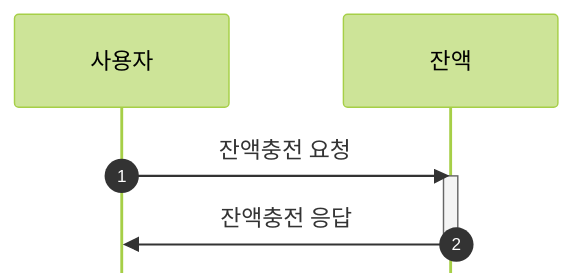
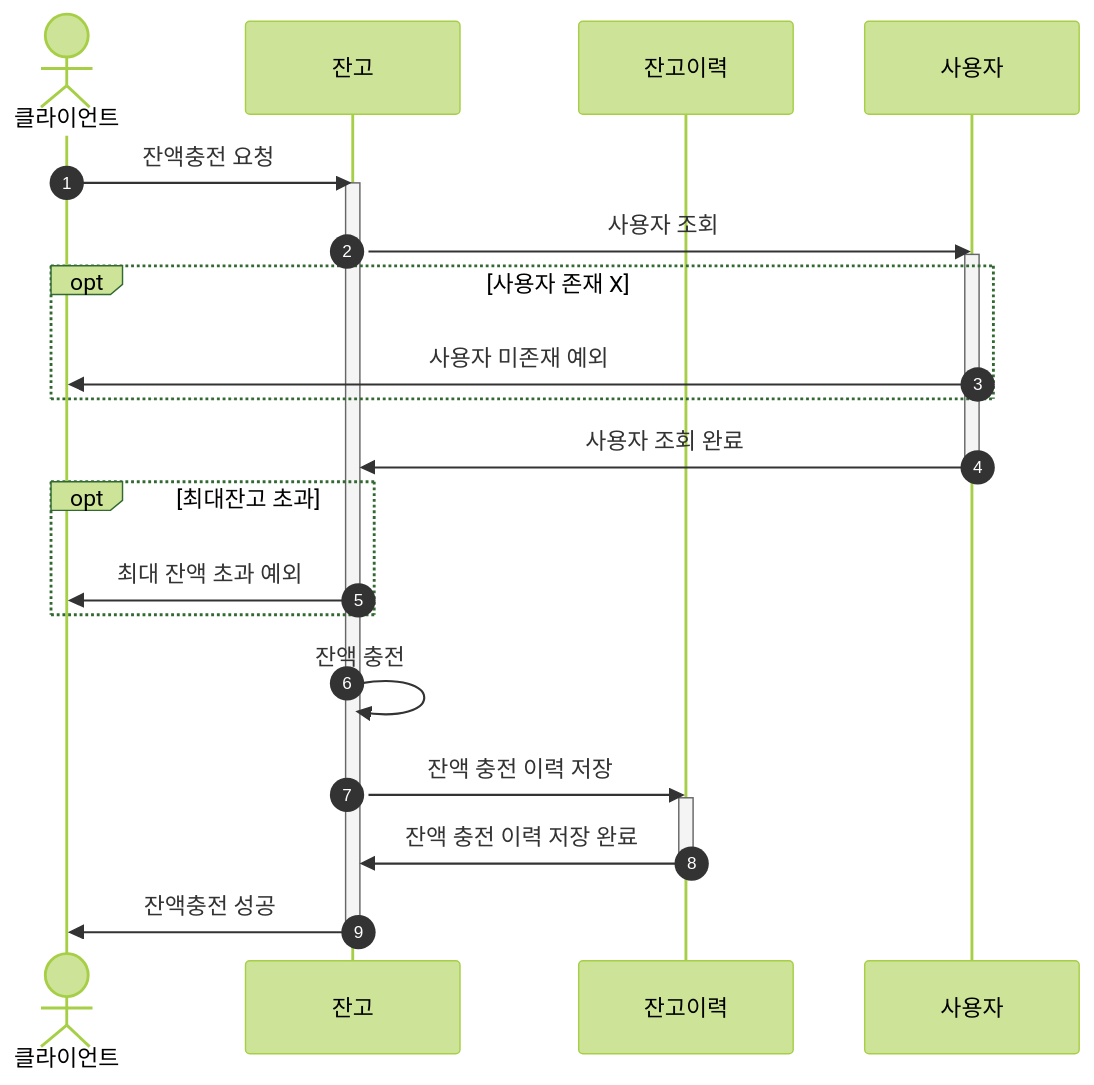
One commit to minjihonim/hh-server-java changed the first of 7 diagrams in docs/seq_diagram.md. Above: the diagram before and after it, drawn with Mermaid. The commit also changed other lines of this file, not shown here.

Commit message:
시퀀스 다이어그램 수정

````diff
--- a/docs/seq_diagram.md
+++ b/docs/seq_diagram.md
@@ -20,14 +20,33 @@
 ```mermaid
-%%{init: {"theme":"forest","logLevel":"fatal","securityLevel":"strict","startOnLoad":true,"arrowMarkerAbsolute":false,"htmlLabels":true,"sequence":{"useMaxWidth":true,"actorMargin":80,"mirrorActors":false,"showSequenceNumbers":true}}}%%
+%%{init: {"theme":"forest"}}%%
 sequenceDiagram
-
-participant C_CLIENT as 사용자
-participant C_CASH as 잔액
+autonumber
+actor C_CLIENT as 클라이언트
+participant C_CASH as 잔고
+participant C_CASH_HISTORY as 잔고이력
+participant C_USER as 사용자
 
 
 %% 잔액충전
 C_CLIENT ->> C_CASH : 잔액충전 요청
 activate C_CASH
-C_CASH ->> C_CLIENT : 잔액충전 응답
+C_CASH ->> C_USER: 사용자 조회
+activate C_USER
+opt 사용자 존재 X
+    C_USER ->> C_CLIENT : 사용자 미존재 예외
+end
+C_USER ->> C_CASH : 사용자 조회 완료
+deactivate C_USER
+opt 최대잔고 초과
+    C_CASH ->> C_CLIENT: 최대 잔액 초과 예외
+end
+C_CASH ->> C_CASH: 잔액 충전
+
+C_CASH ->> C_CASH_HISTORY: 잔액 충전 이력 저장
+activate C_CASH_HISTORY
+C_CASH_HISTORY ->> C_CASH: 잔액 충전 이력 저장 완료
+deactivate C_CASH_HISTORY
+
+C_CASH ->> C_CLIENT : 잔액충전 성공
 deactivate C_CASH
 ```
````
